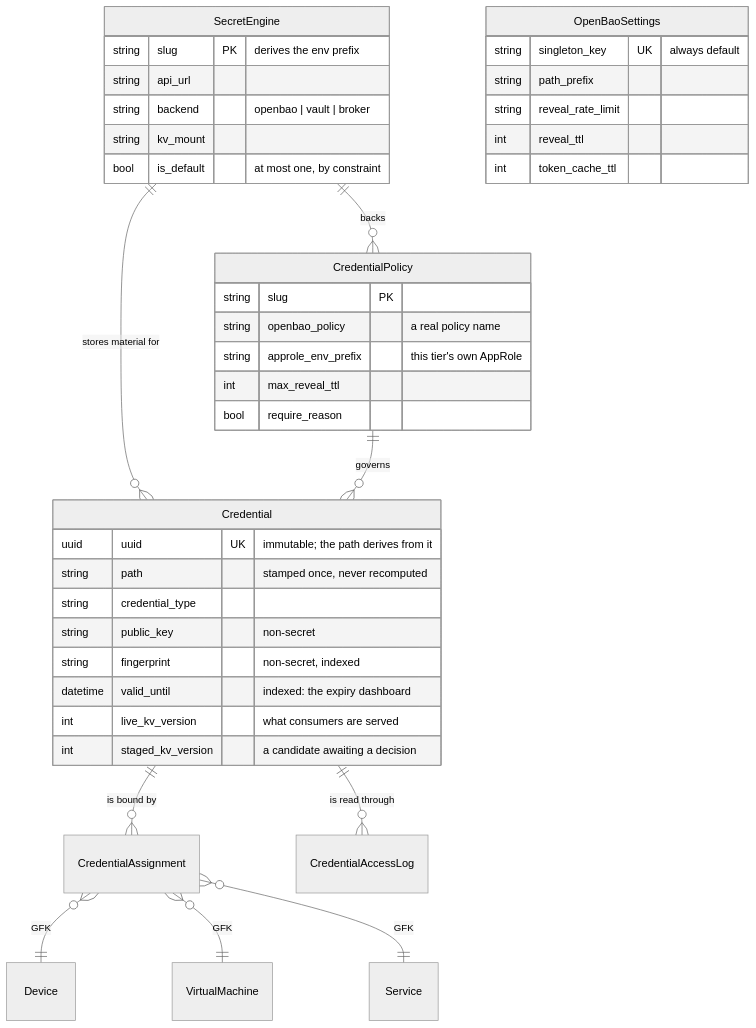
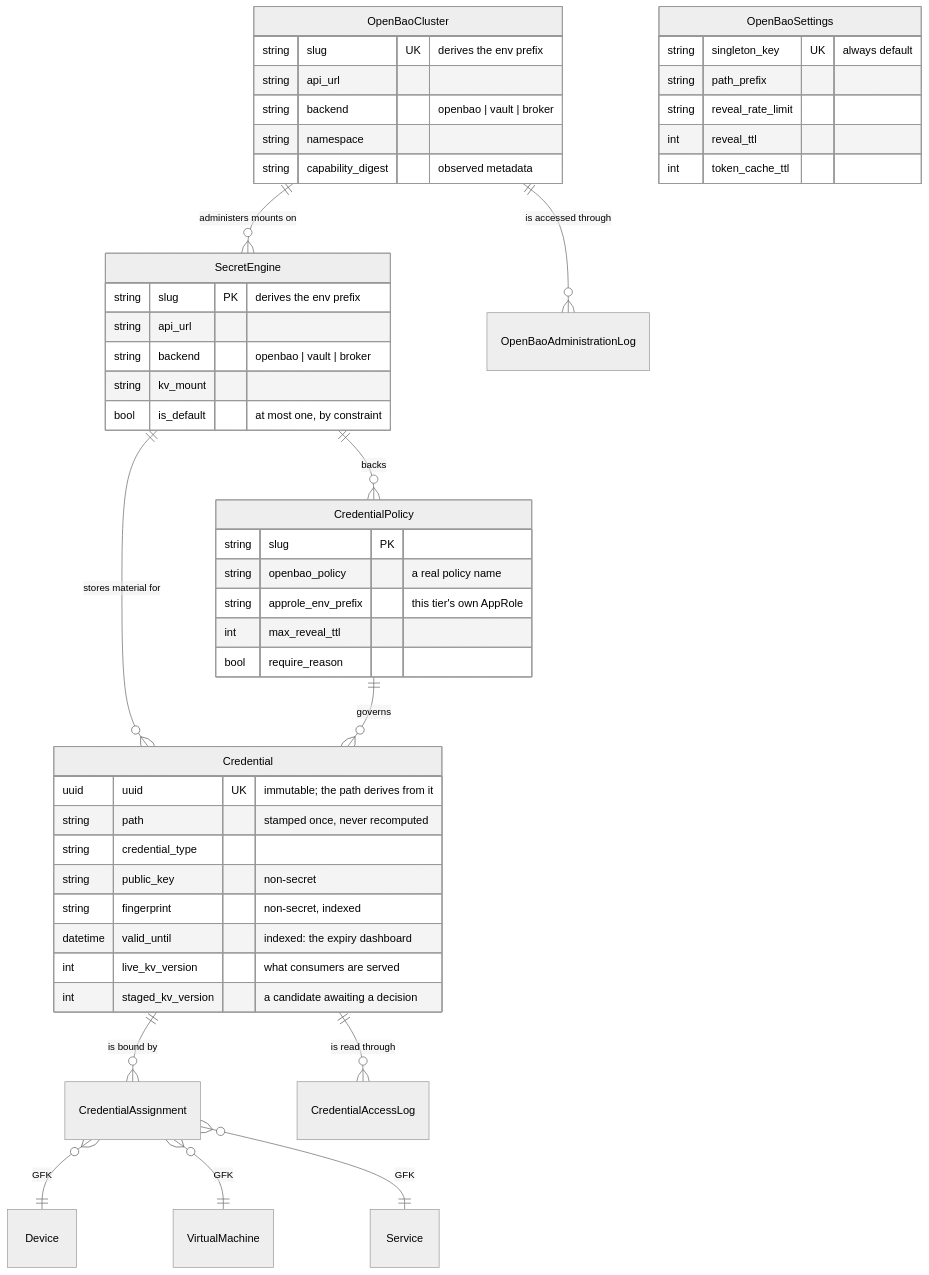
One commit to emersonfelipesp/netbox-openbao changed the diagram in docs/architecture/data-model.md. Above: the diagram before and after it, drawn with Mermaid (neutral theme). The commit also changed other lines of this file and 43 other files, not shown here.

First line of the commit message:
feat: add OpenBao administration foundation

````diff
--- a/docs/architecture/data-model.md
+++ b/docs/architecture/data-model.md
@@ -5,44 +6,54 @@
 ```mermaid
 erDiagram
+    OpenBaoCluster ||--o{ SecretEngine : "administers mounts on"
+    OpenBaoCluster ||--o{ OpenBaoAdministrationLog : "is accessed through"
     SecretEngine ||--o{ CredentialPolicy : "backs"
     SecretEngine ||--o{ Credential : "stores material for"
     CredentialPolicy ||--o{ Credential : "governs"
     Credential ||--o{ CredentialAssignment : "is bound by"
     Credential ||--o{ CredentialAccessLog : "is read through"
     CredentialAssignment }o--|| Device : "GFK"
     CredentialAssignment }o--|| VirtualMachine : "GFK"
     CredentialAssignment }o--|| Service : "GFK"
 
     OpenBaoSettings {
         string singleton_key UK "always default"
         string path_prefix
         string reveal_rate_limit
         int reveal_ttl
         int token_cache_ttl
+    }
+
+    OpenBaoCluster {
+        string slug UK "derives the env prefix"
+        string api_url
+        string backend "openbao | vault | broker"
+        string namespace
+        string capability_digest "observed metadata"
     }
 
     SecretEngine {
         string slug PK "derives the env prefix"
         string api_url
         string backend "openbao | vault | broker"
         string kv_mount
         bool is_default "at most one, by constraint"
     }
     CredentialPolicy {
         string slug PK
         string openbao_policy "a real policy name"
         string approle_env_prefix "this tier's own AppRole"
         int max_reveal_ttl
         bool require_reason
     }
     Credential {
         uuid uuid UK "immutable; the path derives from it"
         string path "stamped once, never recomputed"
         string credential_type
         string public_key "non-secret"
         string fingerprint "non-secret, indexed"
         datetime valid_until "indexed: the expiry dashboard"
         int live_kv_version "what consumers are served"
         int staged_kv_version "a candidate awaiting a decision"
     }
 ```
````
